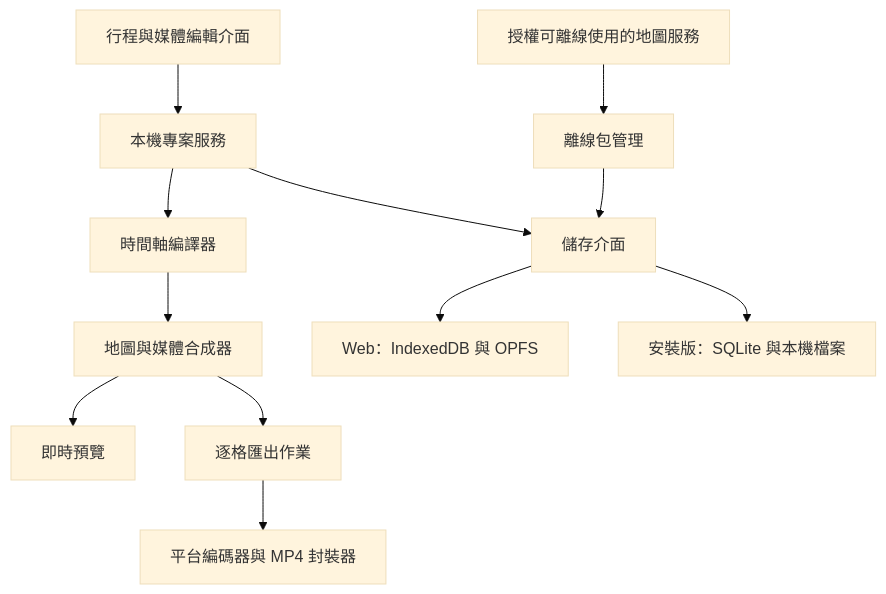
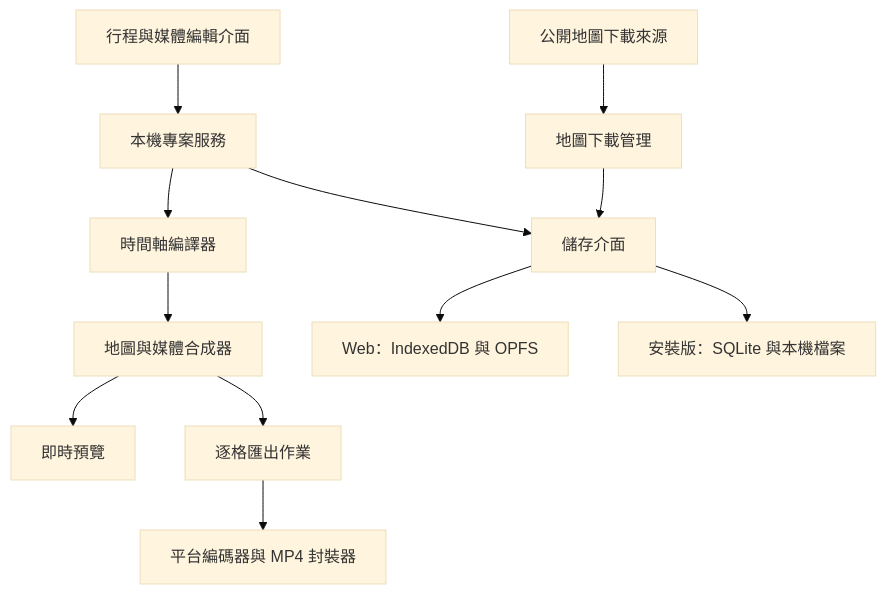
The diagram in docs/zh-TW/specification.md (JimmyCodeWork/TripReplay), drawn with Mermaid (base theme) before and after one commit. The commit also changed other lines of this file and 28 other files, not shown here.

````diff
--- a/docs/zh-TW/specification.md
+++ b/docs/zh-TW/specification.md
@@ -119,14 +113,14 @@
 ```mermaid
 flowchart TD
     UI[行程與媒體編輯介面] --> Project[本機專案服務]
     Project --> Timeline[時間軸編譯器]
     Timeline --> Renderer[地圖與媒體合成器]
     Renderer --> Preview[即時預覽]
     Renderer --> Export[逐格匯出作業]
     Export --> Encoder[平台編碼器與 MP4 封裝器]
     Project --> Store[儲存介面]
     Store --> Web[Web：IndexedDB 與 OPFS]
     Store --> Native[安裝版：SQLite 與本機檔案]
-    Offline[離線包管理] --> Store
-    Public[授權可離線使用的地圖服務] --> Offline
+    Maps[地圖下載管理] --> Store
+    Source[公開地圖下載來源] --> Maps
 ```
````
